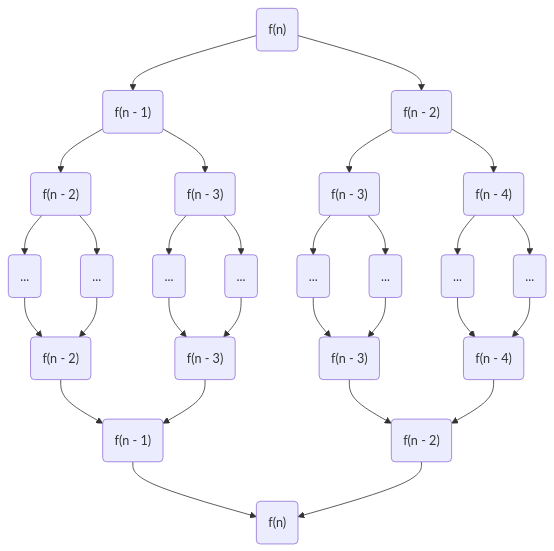
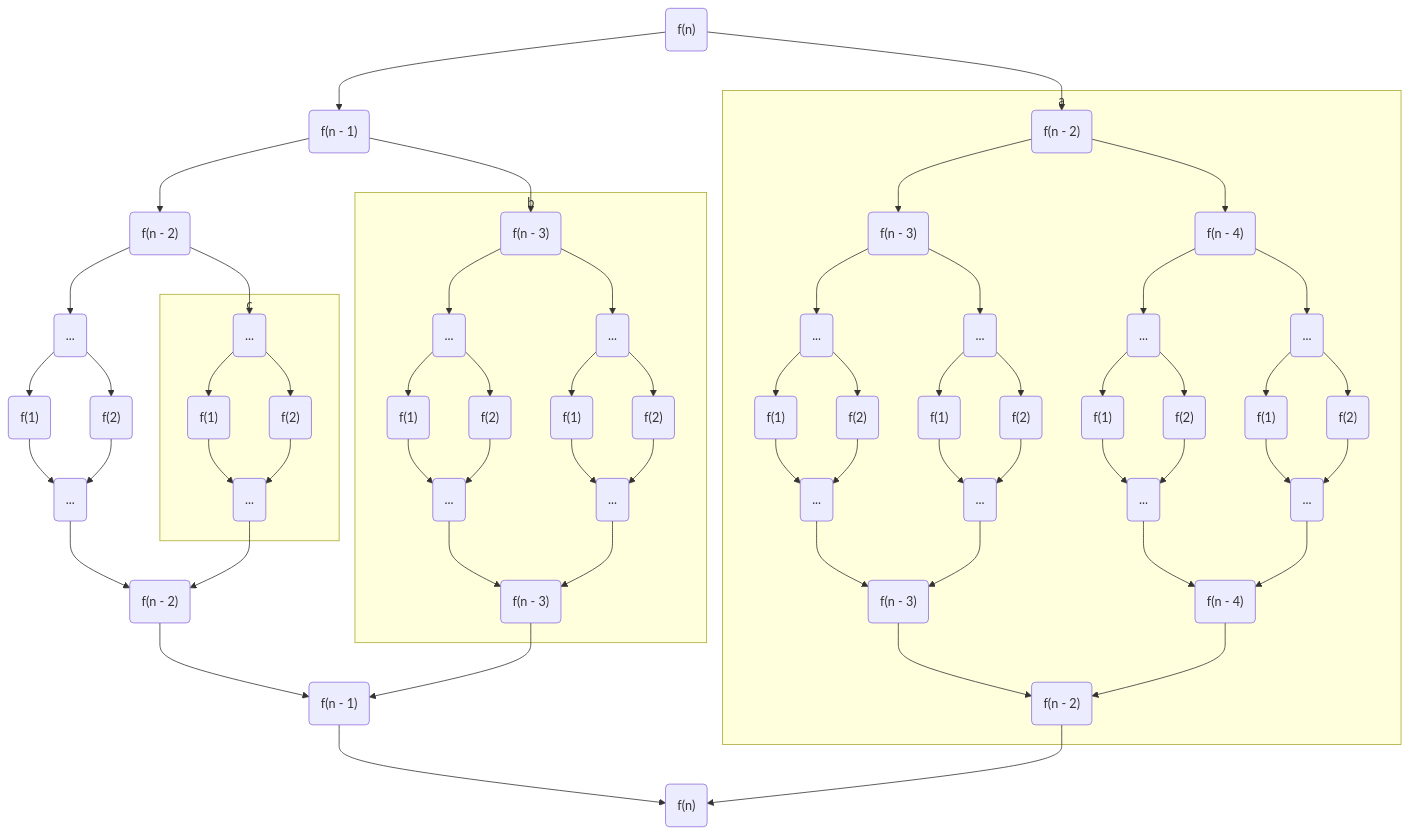
The first of 6 diagrams in docs/blog/dynamicProgramming.md (Maorey/Blog), drawn with Mermaid before and after one commit. The commit also changed other lines of this file and 13 other files, not shown here.

````diff
--- a/docs/blog/dynamicProgramming.md
+++ b/docs/blog/dynamicProgramming.md
@@ -40,24 +62,58 @@
 ```mermaid
 flowchart TB
   A("f(n)") --> A1("f(n - 1)")
     A1 --> A11("f(n - 2)")
-      A11 --> A111(...) --> B11
-      A11 --> A112(...) --> B11
+      A11 --> A111(...)
+        A111 --> A1111("f(1)") --> B111
+        A111 --> A1112("f(2)") --> B111
+      A11 --> A112(...)
+        subgraph c
+        A112 --> A1121("f(1)") --> B112
+        A112 --> A1122("f(2)") --> B112
+        end
     A1 --> A12("f(n - 3)")
-      A12 --> A121(...) --> B12
-      A12 --> A122(...) --> B12
+      subgraph b
+      A12 --> A121(...)
+        A121 --> A1211("f(1)") --> B121
+        A121 --> A1212("f(2)") --> B121
+      A12 --> A122(...)
+        A122 --> A1221("f(1)") --> B122
+        A122 --> A1222("f(2)") --> B122
+      end
   A --> A2("f(n - 2)")
+  subgraph a
     A2 --> A21("f(n - 3)")
-      A21 --> A211(...) --> B21
-      A21 --> A212(...) --> B21
+      A21 --> A211(...)
+        A211 --> A2111("f(1)") --> B211
+        A211 --> A2112("f(2)") --> B211
+      A21 --> A212(...)
+        A212 --> A2121("f(1)") --> B212
+        A212 --> A2122("f(2)") --> B212
     A2 --> A22("f(n - 4)")
-      A22 --> A221(...) --> B22
-      A22 --> A222(...) --> B22
+      A22 --> A221(...)
+        A221 --> A2211("f(1)") --> B221
+        A221 --> A2212("f(2)") --> B221
+      A22 --> A222(...)
+        A222 --> A2221("f(1)") --> B222
+        A222 --> A2222("f(2)") --> B222
+  end
 
   B1("f(n - 1)") --> B("f(n)")
     B11("f(n - 2)") --> B1
+      B111(...) --> B11
+      B112(...) --> B11
     B12("f(n - 3)") --> B1
+      subgraph b
+      B121(...) --> B12
+      B122(...) --> B12
+      end
   B2("f(n - 2)") --> B
+    subgraph a
     B21("f(n - 3)") --> B2
+      B211(...) --> B21
+      B212(...) --> B21
     B22("f(n - 4)") --> B2
+      B221(...) --> B22
+      B222(...) --> B22
+    end
 ```
````
